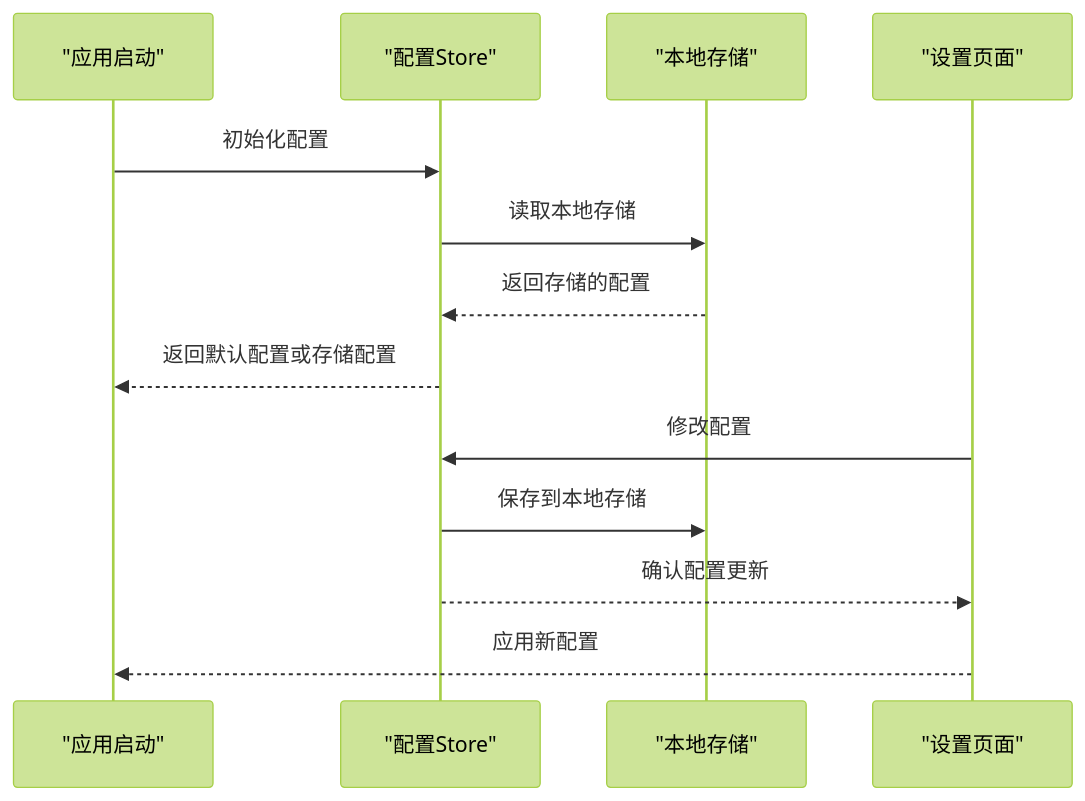
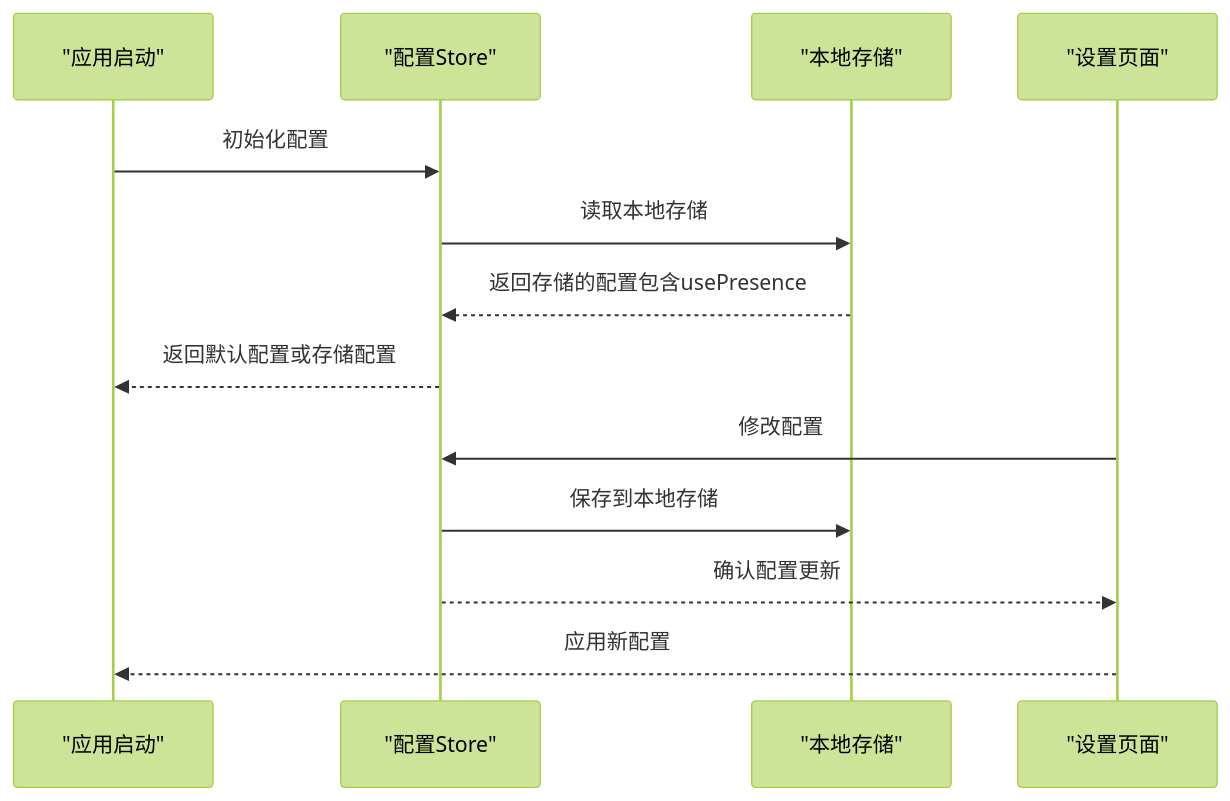
One commit to Easemob-Community/easemob-uikit-uniapp-community changed the eighth of 13 diagrams in .qoder/repowiki/zh/content/示例应用/示例应用.md. Above: the diagram before and after it, drawn with Mermaid (forest theme). The commit also changed other lines of this file and 5 other files, not shown here.

````diff
--- a/.qoder/repowiki/zh/content/示例应用/示例应用.md
+++ b/.qoder/repowiki/zh/content/示例应用/示例应用.md
@@ -554,15 +716,15 @@
 ```mermaid
 sequenceDiagram
 participant App as "应用启动"
 participant Store as "配置Store"
 participant Storage as "本地存储"
 participant Settings as "设置页面"
 App->>Store : 初始化配置
 Store->>Storage : 读取本地存储
-Storage-->>Store : 返回存储的配置
+Storage-->>Store : 返回存储的配置包含usePresence
 Store-->>App : 返回默认配置或存储配置
 Settings->>Store : 修改配置
 Store->>Storage : 保存到本地存储
 Store-->>Settings : 确认配置更新
 Settings-->>App : 应用新配置
 ```
````
